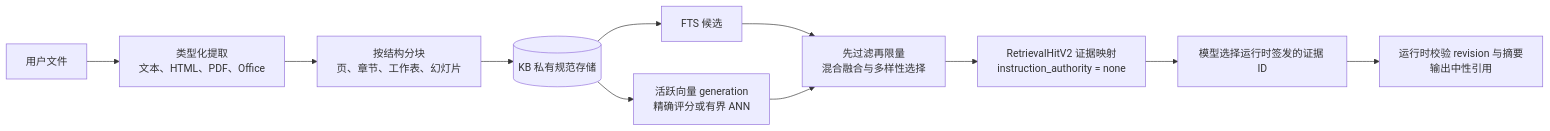
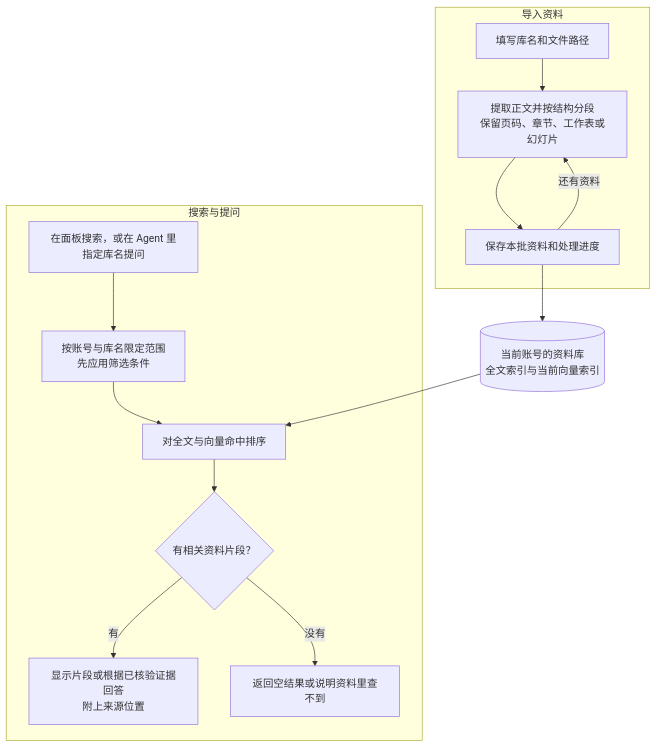
The second of 9 diagrams in README.zh-CN.md (MatrixCoreX/RustClaw), drawn with Mermaid before and after one commit. The commit also changed other lines of this file and 3 other files, not shown here.

````diff
--- a/README.zh-CN.md
+++ b/README.zh-CN.md
@@ -390,13 +397,17 @@
 ```mermaid
-flowchart LR
-    A[用户文件] --> B[类型化提取<br/>文本、HTML、PDF、Office]
-    B --> C[按结构分块<br/>页、章节、工作表、幻灯片]
-    C --> D[(KB 私有规范存储)]
-    D --> E[FTS 候选]
-    D --> F[活跃向量 generation<br/>精确评分或有界 ANN]
-    E --> G[先过滤再限量<br/>混合融合与多样性选择]
-    F --> G
-    G --> H[RetrievalHitV2 证据映射<br/>instruction_authority = none]
-    H --> I[模型选择运行时签发的证据 ID]
-    I --> J[运行时校验 revision 与摘要<br/>输出中性引用]
+flowchart TD
+    subgraph Import["导入资料"]
+      A[填写库名和文件路径] --> B[提取正文并按结构分段<br/>保留页码、章节、工作表或幻灯片]
+      B --> C[保存本批资料和处理进度]
+      C -->|还有资料| B
+    end
+    C --> D[(当前账号的资料库<br/>全文索引与当前向量索引)]
+    subgraph Ask["搜索与提问"]
+      Q[在面板搜索，或在 Agent 里指定库名提问] --> F[按账号与库名限定范围<br/>先应用筛选条件]
+      F --> G[对全文与向量命中排序]
+      G --> H{有相关资料片段？}
+      H -->|有| I[显示片段或根据已核验证据回答<br/>附上来源位置]
+      H -->|没有| J[返回空结果或说明资料里查不到]
+    end
+    D --> G
 ```
````
